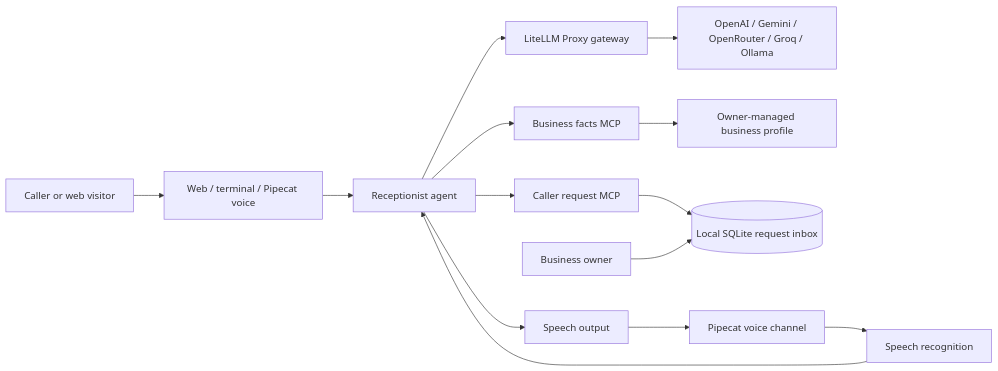
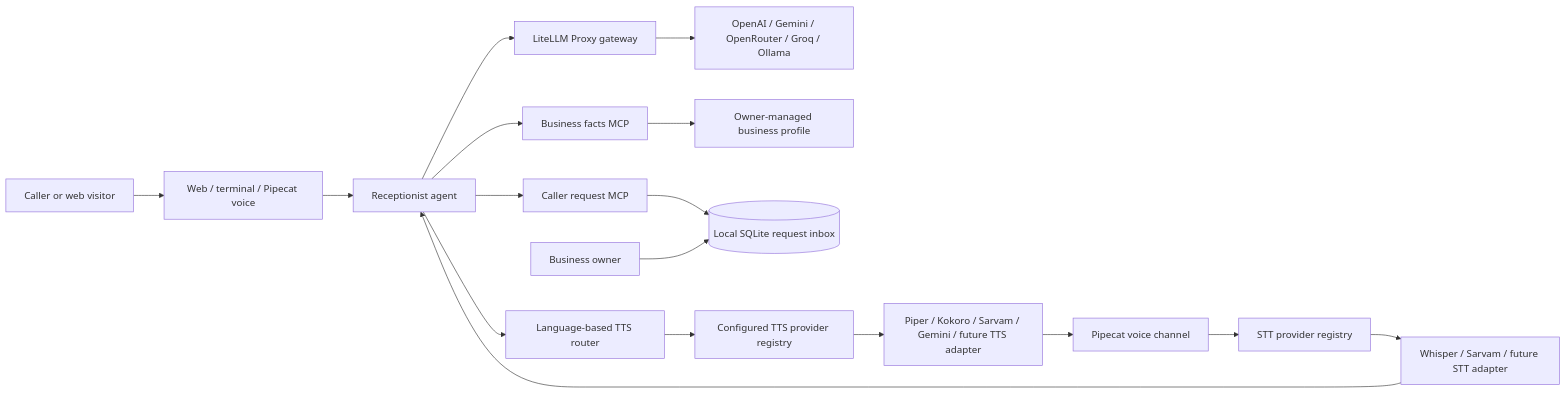
Before and after one commit to Ash19820/Ai-Receptionist: the diagram in README.md, drawn with Mermaid. The commit also changed other lines of this file and 8 other files, not shown here.

````diff
--- a/README.md
+++ b/README.md
@@ -92,16 +98,19 @@
 ```mermaid
 flowchart LR
   C[Caller or web visitor] --> CH[Web / terminal / Pipecat voice]
   CH --> A[Receptionist agent]
   A --> G[LiteLLM Proxy gateway]
   G --> L[OpenAI / Gemini / OpenRouter / Groq / Ollama]
   A --> BI[Business facts MCP]
   A --> RI[Caller request MCP]
   BI --> P[Owner-managed business profile]
   RI --> DB[(Local SQLite request inbox)]
   V[Business owner] --> DB
-  PI[Pipecat voice channel] --> STT[Speech recognition]
+  PI[Pipecat voice channel] --> SR[STT provider registry]
+  SR --> STT[Whisper / Sarvam / future STT adapter]
   STT --> A
-  A --> TTS[Speech output]
+  A --> TR[Language-based TTS router]
+  TR --> TT[Configured TTS provider registry]
+  TT --> TTS[Piper / Kokoro / Sarvam / Gemini / future TTS adapter]
   TTS --> PI
 ```
````
